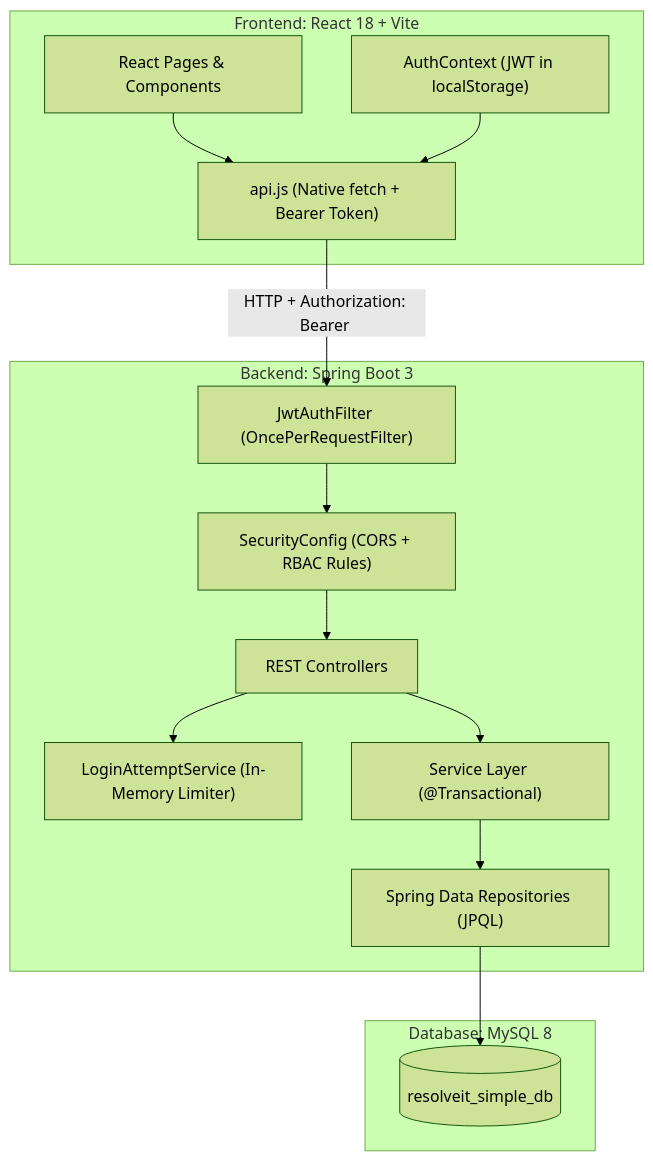
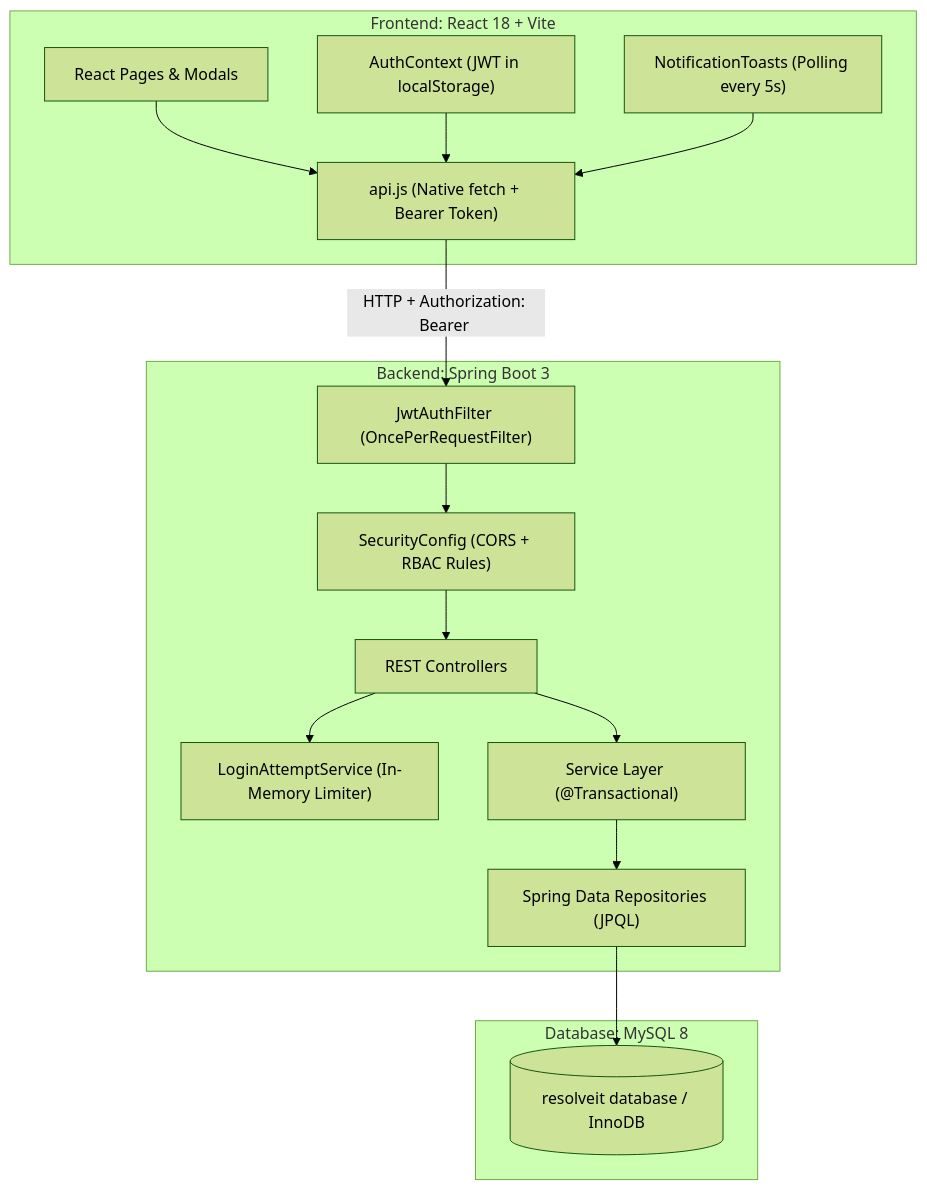
Before and after one commit to Ramprasad-Prajapat/resolveit-smart-ticket-system: the second of 2 diagrams in README.md, drawn with Mermaid (forest theme). The commit also changed other lines of this file and 1 other file, not shown here.

Commit message:
docs: add cloud deployment guide and update README architecture

````diff
--- a/README.md
+++ b/README.md
@@ -59,31 +32,33 @@
 ```mermaid
 flowchart TD
     subgraph Client["Frontend: React 18 + Vite"]
-        UI["React Pages & Components"]
+        UI["React Pages & Modals"]
         API["api.js (Native fetch + Bearer Token)"]
         Auth["AuthContext (JWT in localStorage)"]
+        Notif["NotificationToasts (Polling every 5s)"]
     end
 
     subgraph Server["Backend: Spring Boot 3"]
         JWT["JwtAuthFilter (OncePerRequestFilter)"]
         Sec["SecurityConfig (CORS + RBAC Rules)"]
         Throttle["LoginAttemptService (In-Memory Limiter)"]
         Ctrl["REST Controllers"]
         Svc["Service Layer (@Transactional)"]
         Repo["Spring Data Repositories (JPQL)"]
     end
 
     subgraph DB["Database: MySQL 8"]
-        MySQL[("resolveit_simple_db")]
+        MySQL[("resolveit database / InnoDB")]
     end
 
     UI --> API
     Auth --> API
+    Notif --> API
     API -- "HTTP + Authorization: Bearer <token>" --> JWT
     JWT --> Sec
     Sec --> Ctrl
     Ctrl --> Throttle
     Ctrl --> Svc
     Svc --> Repo
     Repo --> MySQL
 ```
````
